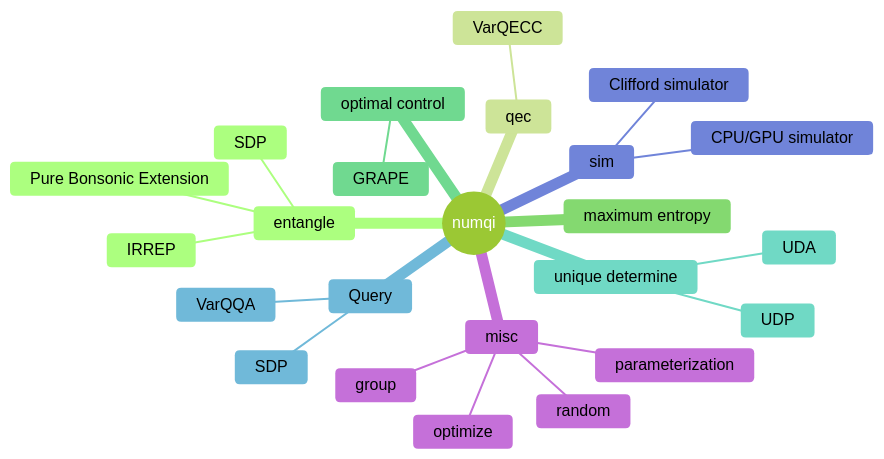
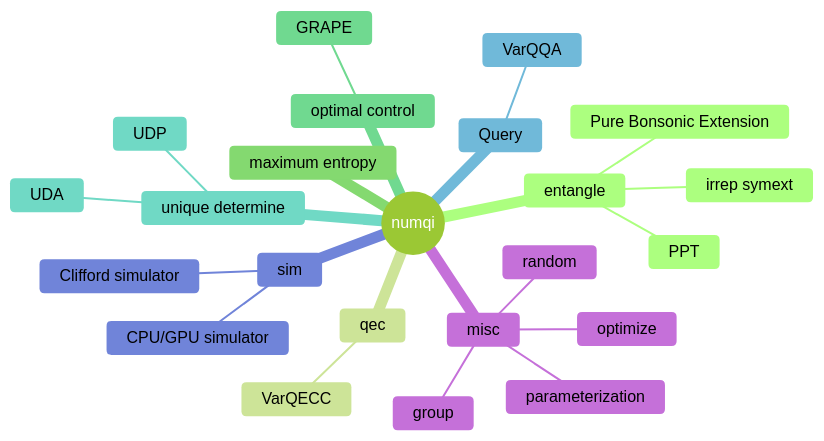
Before and after one commit to numqi/numqi: the first of 2 diagrams in README.md, drawn with Mermaid (forest theme). The commit also changed other lines of this file and 29 other files, not shown here.

````diff
--- a/README.md
+++ b/README.md
@@ -74,27 +78,26 @@
 ```mermaid
 mindmap
    root((numqi))
       entangle
          Pure Bonsonic Extension
-         IRREP
-         SDP
+         irrep symext
+         PPT
       qec
          VarQECC
       maximum entropy
       optimal control
          GRAPE
       unique determine
          UDA
          UDP
       Query
          VarQQA
-         SDP
       sim
          CPU/GPU simulator
          Clifford simulator
       misc
          parameterization
          random
          optimize
          group
 ```
````
